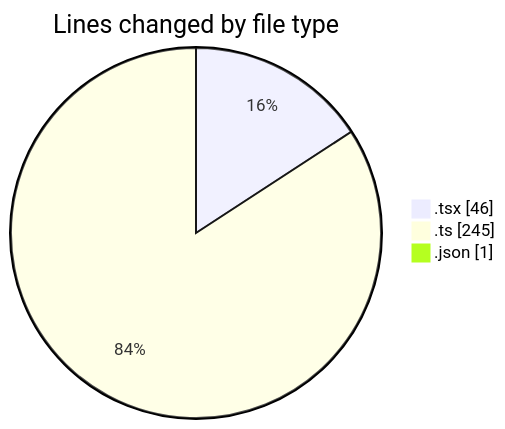
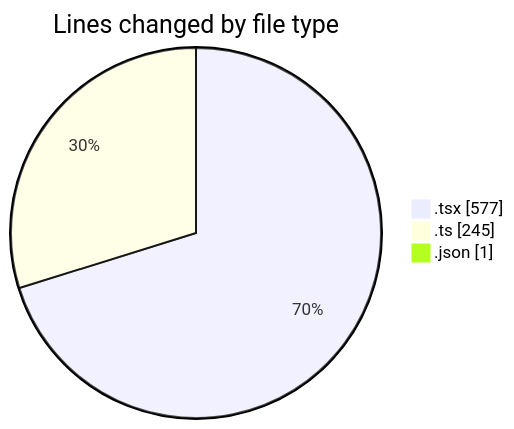
Before and after one commit to julien-gomy/code-tracking: the first of 2 diagrams in 2025-10-08/eventscop-frontend-guide__workspace_/README.md, drawn with Mermaid. The commit also changed other lines of this file and 1 other file, not shown here.

````diff
--- a/2025-10-08/eventscop-frontend-guide__workspace_/README.md
+++ b/2025-10-08/eventscop-frontend-guide__workspace_/README.md
@@ -23,7 +25,7 @@
 ```mermaid
 pie showData
 title Lines changed by file type
-".tsx" : 46
+".tsx" : 577
 ".ts" : 245
 ".json" : 1
 ```
````
